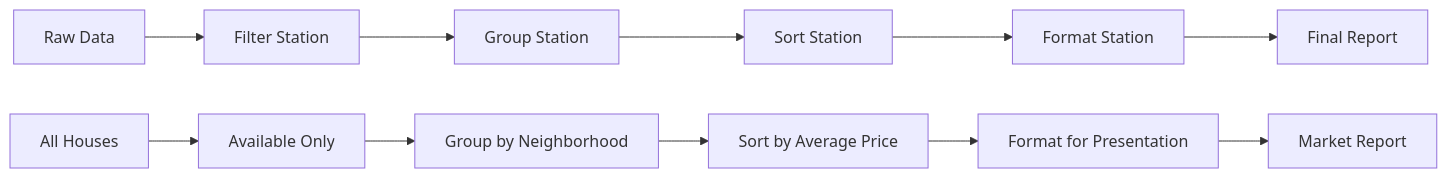
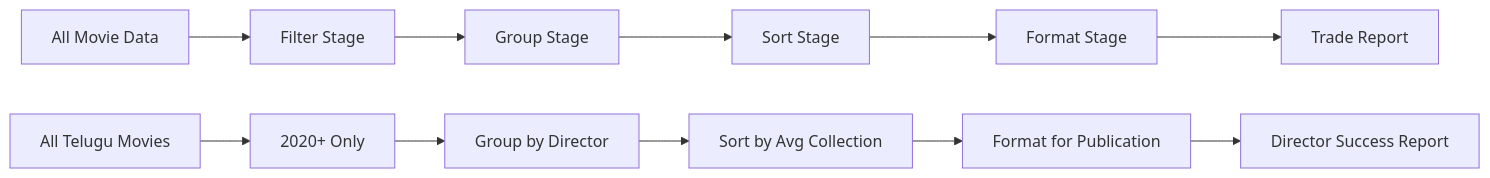
The eighth of 11 diagrams in mongodb-nature-guide.md (viswanathsandu/QuickGuides), drawn with Mermaid before and after one commit. The commit also changed other lines of this file, not shown here.

````diff
--- a/mongodb-nature-guide.md
+++ b/mongodb-nature-guide.md
@@ -537,14 +659,14 @@
 ```mermaid
 graph LR
-    A[Raw Data] --> B[Filter Station]
-    B --> C[Group Station]  
-    C --> D[Sort Station]
-    D --> E[Format Station]
-    E --> F[Final Report]
+    A[All Movie Data] --> B[Filter Stage]
+    B --> C[Group Stage]  
+    C --> D[Sort Stage]
+    D --> E[Format Stage]
+    E --> F[Trade Report]
     
-    A1[All Houses] --> B1[Available Only]
-    B1 --> C1[Group by Neighborhood]
-    C1 --> D1[Sort by Average Price]
-    D1 --> E1[Format for Presentation]
-    E1 --> F1[Market Report]
+    A1[All Telugu Movies] --> B1[2020+ Only]
+    B1 --> C1[Group by Director]
+    C1 --> D1[Sort by Avg Collection]
+    D1 --> E1[Format for Publication]
+    E1 --> F1[Director Success Report]
 ```
````
